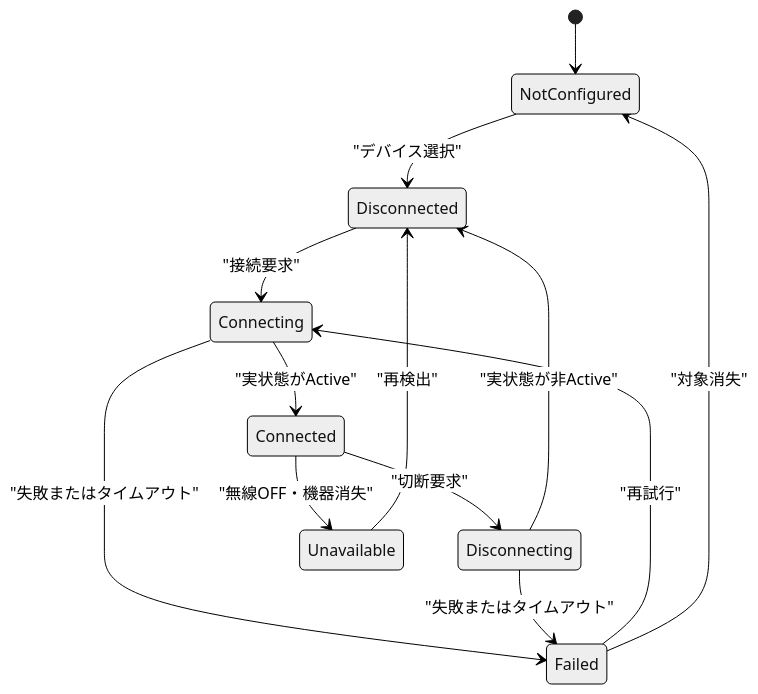
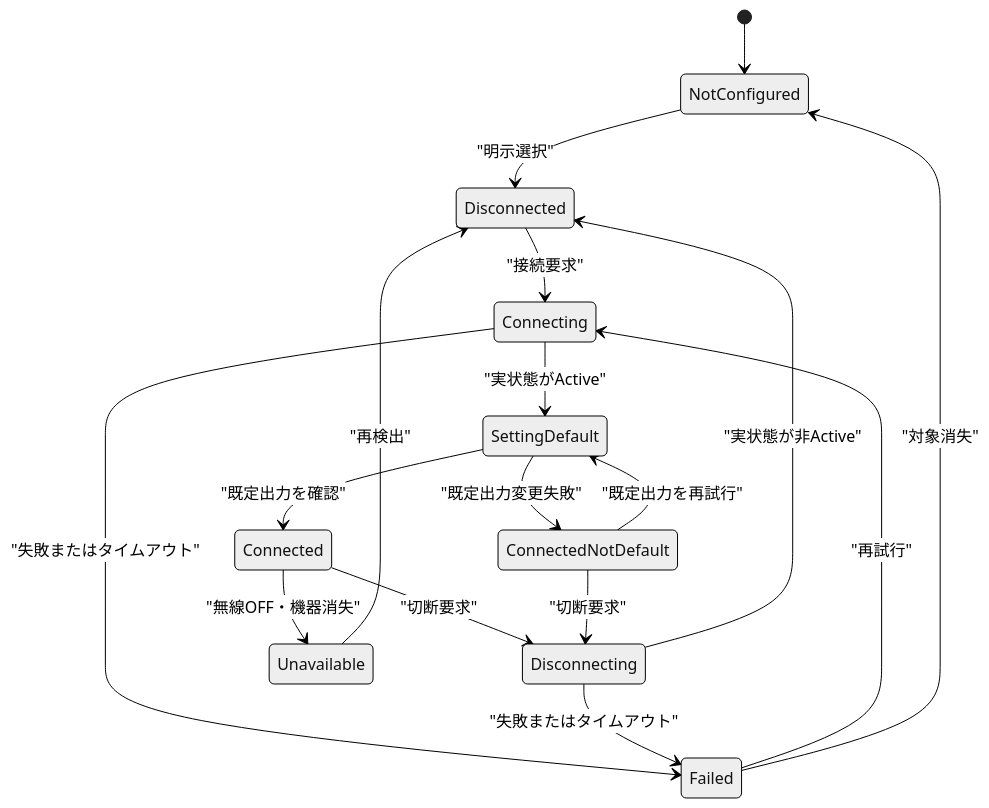
Before and after one commit to rimtty/QuickPods: the first of 2 diagrams in docs/QuickPods_実装計画書.md, drawn with Mermaid (neutral theme). The commit also changed other lines of this file and 9 other files, not shown here.

Commit message:
docs(bluetooth): redesign multi-device selection flow

````diff
--- a/docs/QuickPods_実装計画書.md
+++ b/docs/QuickPods_実装計画書.md
@@ -310,15 +318,19 @@
 ```mermaid
 stateDiagram-v2
     [*] --> NotConfigured
-    NotConfigured --> Disconnected: "デバイス選択"
+    NotConfigured --> Disconnected: "明示選択"
     Disconnected --> Connecting: "接続要求"
-    Connecting --> Connected: "実状態がActive"
+    Connecting --> SettingDefault: "実状態がActive"
+    SettingDefault --> Connected: "既定出力を確認"
+    SettingDefault --> ConnectedNotDefault: "既定出力変更失敗"
     Connecting --> Failed: "失敗またはタイムアウト"
     Connected --> Disconnecting: "切断要求"
+    ConnectedNotDefault --> SettingDefault: "既定出力を再試行"
+    ConnectedNotDefault --> Disconnecting: "切断要求"
     Disconnecting --> Disconnected: "実状態が非Active"
     Disconnecting --> Failed: "失敗またはタイムアウト"
     Failed --> Connecting: "再試行"
     Failed --> NotConfigured: "対象消失"
     Connected --> Unavailable: "無線OFF・機器消失"
     Unavailable --> Disconnected: "再検出"
 ```
````
